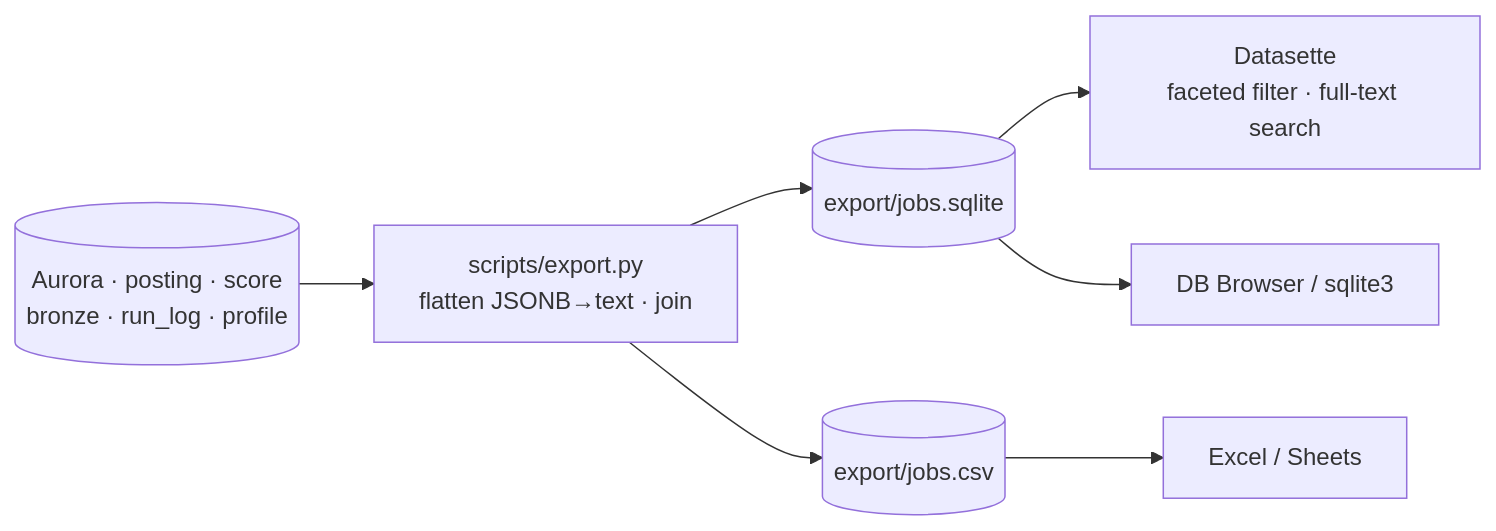
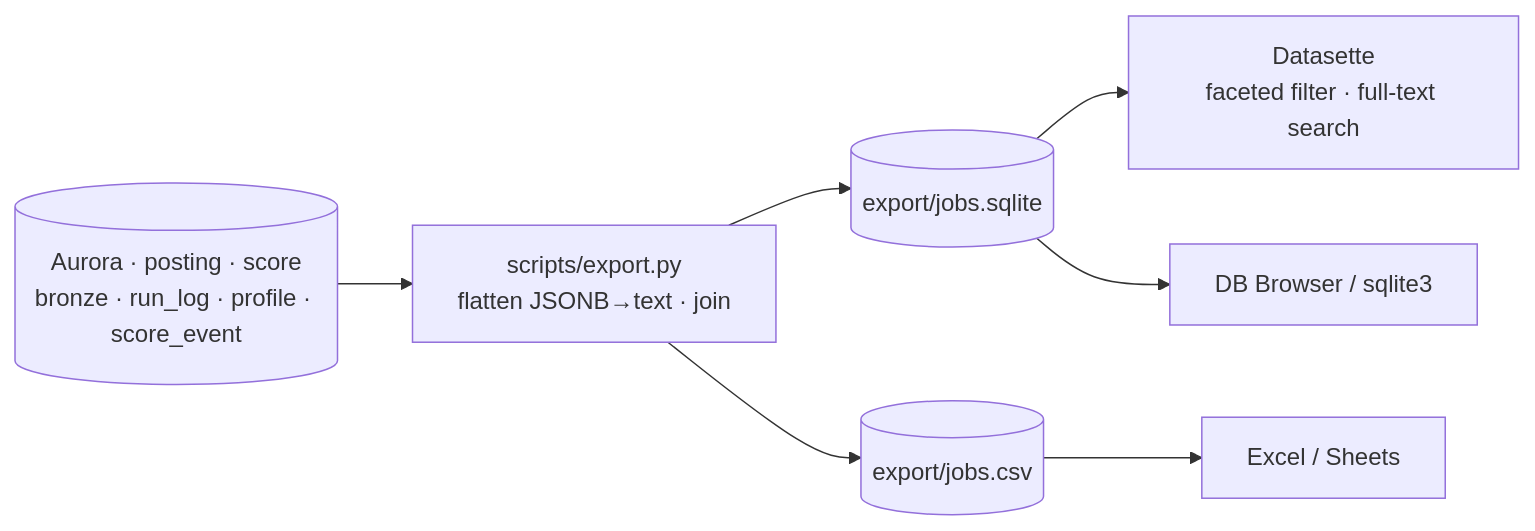
One commit to tarigelamin1997/jobfetcher changed the eighth of 8 diagrams in docs/diagrams.md. Above: the diagram before and after it, drawn with Mermaid. The commit also changed other lines of this file and 34 other files, not shown here.

First line of the commit message:
feat(persistence): append-only score_event lineage + reassess age bound (Squad Run 1) (#24)

````diff
--- a/docs/diagrams.md
+++ b/docs/diagrams.md
@@ -242,9 +242,9 @@
 ```mermaid
 flowchart LR
-  PG[("Aurora · posting · score<br/>bronze · run_log · profile")] --> EX["scripts/export.py<br/>flatten JSONB→text · join"]
+  PG[("Aurora · posting · score<br/>bronze · run_log · profile · score_event")] --> EX["scripts/export.py<br/>flatten JSONB→text · join"]
   EX --> SQ[("export/jobs.sqlite")]
   EX --> CSV[("export/jobs.csv")]
   SQ --> DS["Datasette<br/>faceted filter · full-text search"]
   SQ --> DB2["DB Browser / sqlite3"]
   CSV --> XL["Excel / Sheets"]
 ```
````
